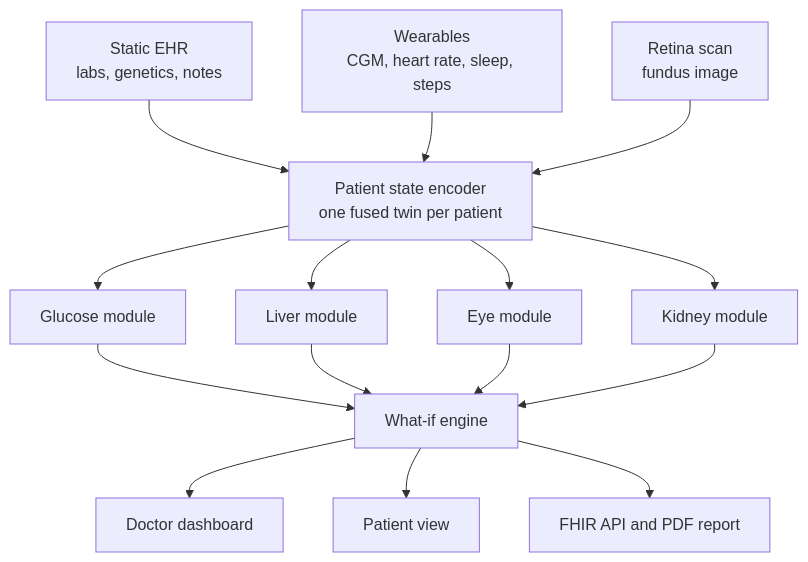
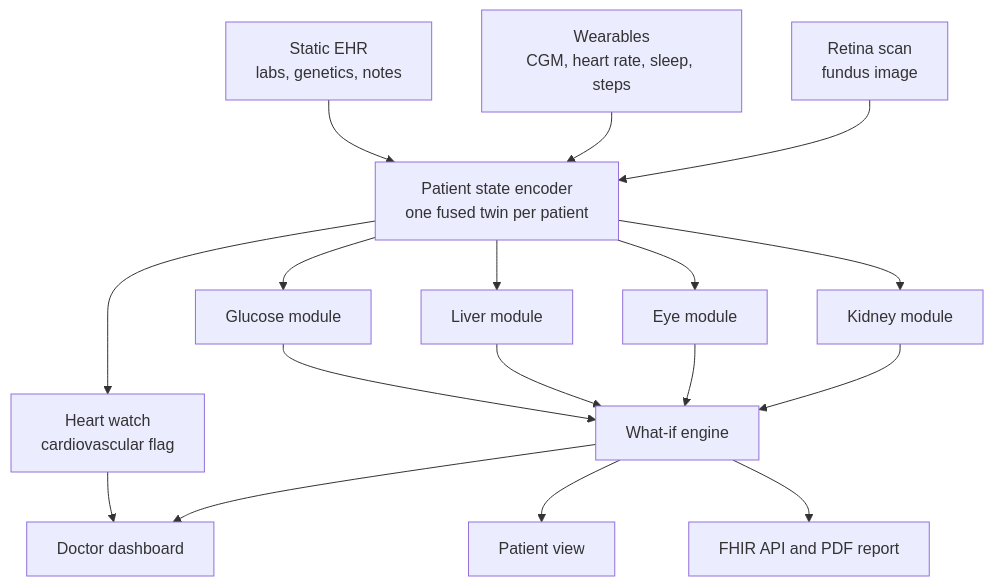
The diagram in README.md (Dulari-Bhushan/Digital-Twin-for-healthcare), drawn with Mermaid before and after one commit. The commit also changed other lines of this file and 13 other files, not shown here.

Commit message:
Update the README, model cards, demo guide, architecture diagram, presentation and speaker script for the two-stream work

````diff
--- a/README.md
+++ b/README.md
@@ -161,18 +173,20 @@
 ```mermaid
 flowchart TD
     A[Static EHR<br/>labs, genetics, notes] --> S
     B[Wearables<br/>CGM, heart rate, sleep, steps] --> S
     C[Retina scan<br/>fundus image] --> S
     S[Patient state encoder<br/>one fused twin per patient]
     S --> G[Glucose module]
     S --> L[Liver module]
     S --> E[Eye module]
     S --> K[Kidney module]
+    S --> H[Heart watch<br/>cardiovascular flag]
     G --> W[What-if engine]
     L --> W
     E --> W
     K --> W
+    H --> D
     W --> D[Doctor dashboard]
     W --> P[Patient view]
     W --> R[FHIR API and PDF report]
 ```
````
